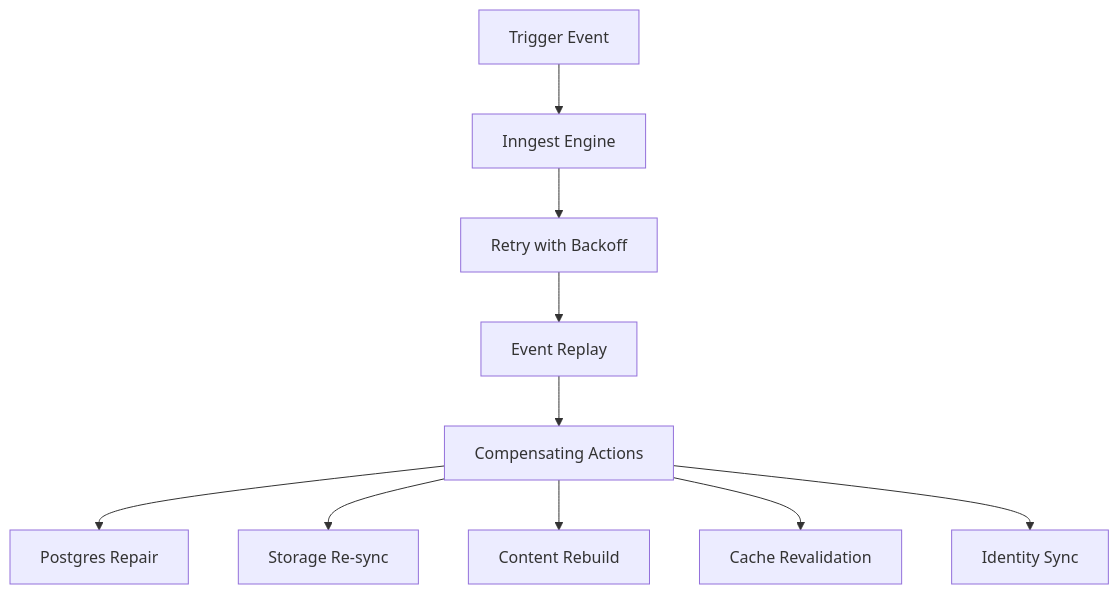
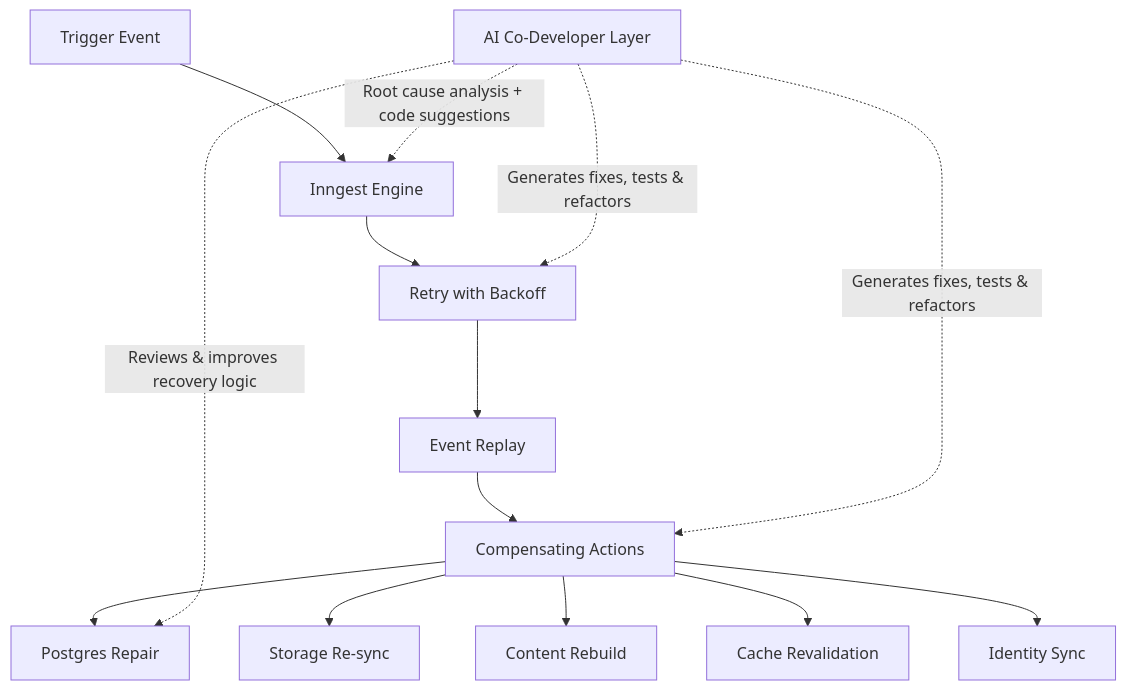
The third of 3 diagrams in From-Web-Stack-to-Living-System.md (seanwhs/Plans), drawn with Mermaid before and after one commit. The commit also changed other lines of this file, not shown here.

````diff
--- a/From-Web-Stack-to-Living-System.md
+++ b/From-Web-Stack-to-Living-System.md
@@ -209,27 +186,29 @@
 ```mermaid
 flowchart TB
-
 Event["Trigger Event"]
 Inngest["Inngest Engine"]
-
 Retry["Retry with Backoff"]
 Replay["Event Replay"]
 Compensate["Compensating Actions"]
-
+AI["AI Co-Developer Layer"]
 PG["Postgres Repair"]
 Appwrite["Storage Re-sync"]
 Sanity["Content Rebuild"]
 Next["Cache Revalidation"]
 Clerk["Identity Sync"]
 
 Event --> Inngest
 Inngest --> Retry
 Retry --> Replay
 Replay --> Compensate
-
 Compensate --> PG
 Compensate --> Appwrite
 Compensate --> Sanity
 Compensate --> Next
 Compensate --> Clerk
+
+AI -.->|"Root cause analysis + code suggestions"| Inngest
+AI -.->|"Generates fixes, tests & refactors"| Retry
+AI -.->|"Generates fixes, tests & refactors"| Compensate
+AI -.->|"Reviews & improves recovery logic"| PG
 ```
````
